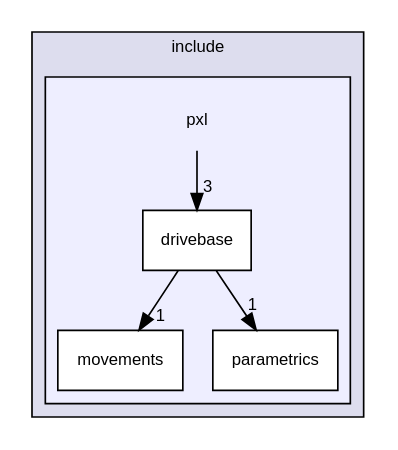
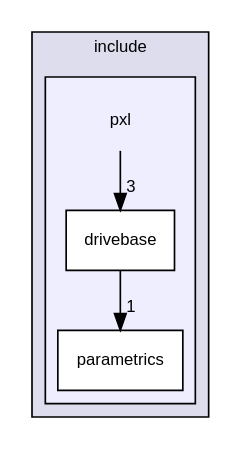
One commit to Pixel-Lib/Pixel changed the diagram in dir_223a821f9d0f41fe283df0679d559c30_dep.dot. Above: the diagram before and after it, drawn with Graphviz. The commit also changed 110 other files, not shown here.

```diff
--- a/dir_223a821f9d0f41fe283df0679d559c30_dep.dot
+++ b/dir_223a821f9d0f41fe283df0679d559c30_dep.dot
@@ -1,18 +1,16 @@
 digraph "include/pxl" {
   compound=true
   node [ fontsize="10", fontname="Helvetica"];
   edge [ labelfontsize="10", labelfontname="Helvetica"];
   subgraph clusterdir_d44c64559bbebec7f509842c48db8b23 {
     graph [ bgcolor="#ddddee", pencolor="black", label="include" fontname="Helvetica", fontsize="10", URL="dir_d44c64559bbebec7f509842c48db8b23.html"]
   subgraph clusterdir_223a821f9d0f41fe283df0679d559c30 {
     graph [ bgcolor="#eeeeff", pencolor="black", label="" URL="dir_223a821f9d0f41fe283df0679d559c30.html"];
     dir_223a821f9d0f41fe283df0679d559c30 [shape=plaintext label="pxl"];
   dir_b9c15b04b870febd75b2c7da7b08487e [shape=box label="drivebase" fillcolor="white" style="filled" URL="dir_b9c15b04b870febd75b2c7da7b08487e.html"];
-  dir_5cfc00ab41c6bfdb94de67ae19deb858 [shape=box label="movements" fillcolor="white" style="filled" URL="dir_5cfc00ab41c6bfdb94de67ae19deb858.html"];
   dir_eb646048f21f30d1c203f0e7d7bb28f9 [shape=box label="parametrics" fillcolor="white" style="filled" URL="dir_eb646048f21f30d1c203f0e7d7bb28f9.html"];
   }
   }
-  dir_b9c15b04b870febd75b2c7da7b08487e->dir_5cfc00ab41c6bfdb94de67ae19deb858 [headlabel="1", labeldistance=1.5 headhref="dir_000002_000003.html"];
-  dir_b9c15b04b870febd75b2c7da7b08487e->dir_eb646048f21f30d1c203f0e7d7bb28f9 [headlabel="1", labeldistance=1.5 headhref="dir_000002_000004.html"];
+  dir_b9c15b04b870febd75b2c7da7b08487e->dir_eb646048f21f30d1c203f0e7d7bb28f9 [headlabel="1", labeldistance=1.5 headhref="dir_000002_000003.html"];
   dir_223a821f9d0f41fe283df0679d559c30->dir_b9c15b04b870febd75b2c7da7b08487e [headlabel="3", labeldistance=1.5 headhref="dir_000001_000002.html"];
 }
```
